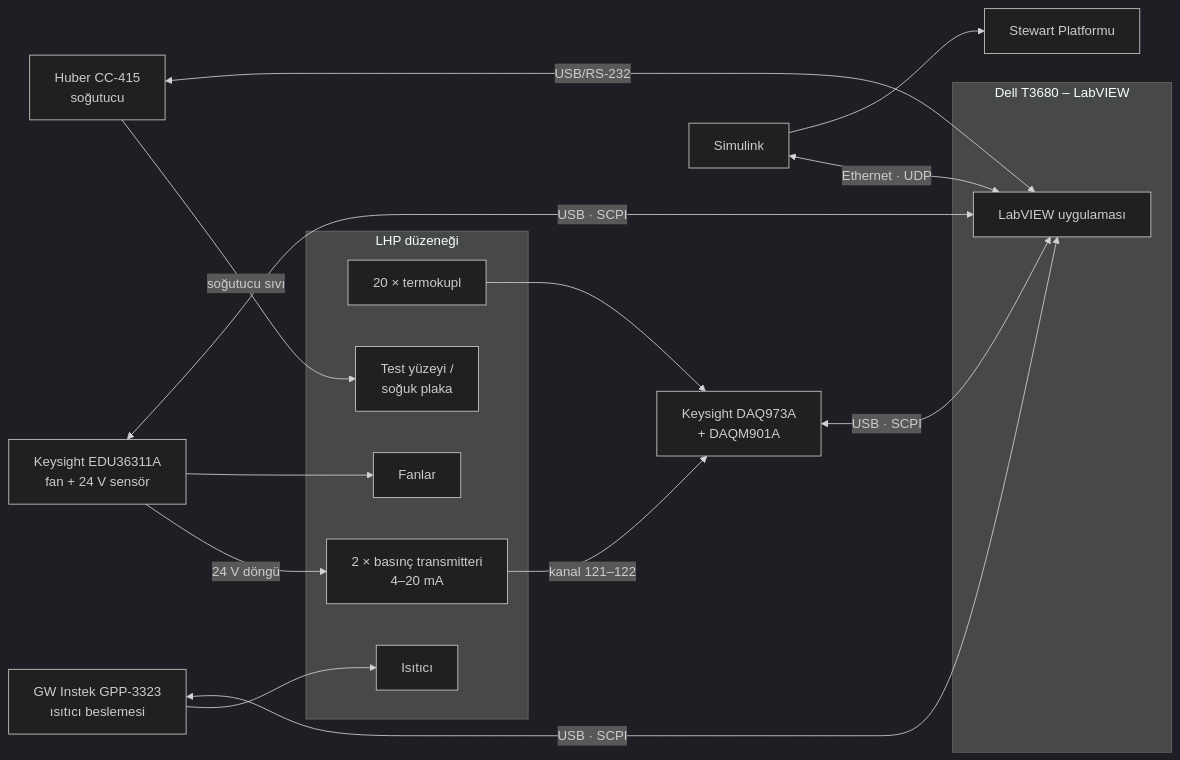
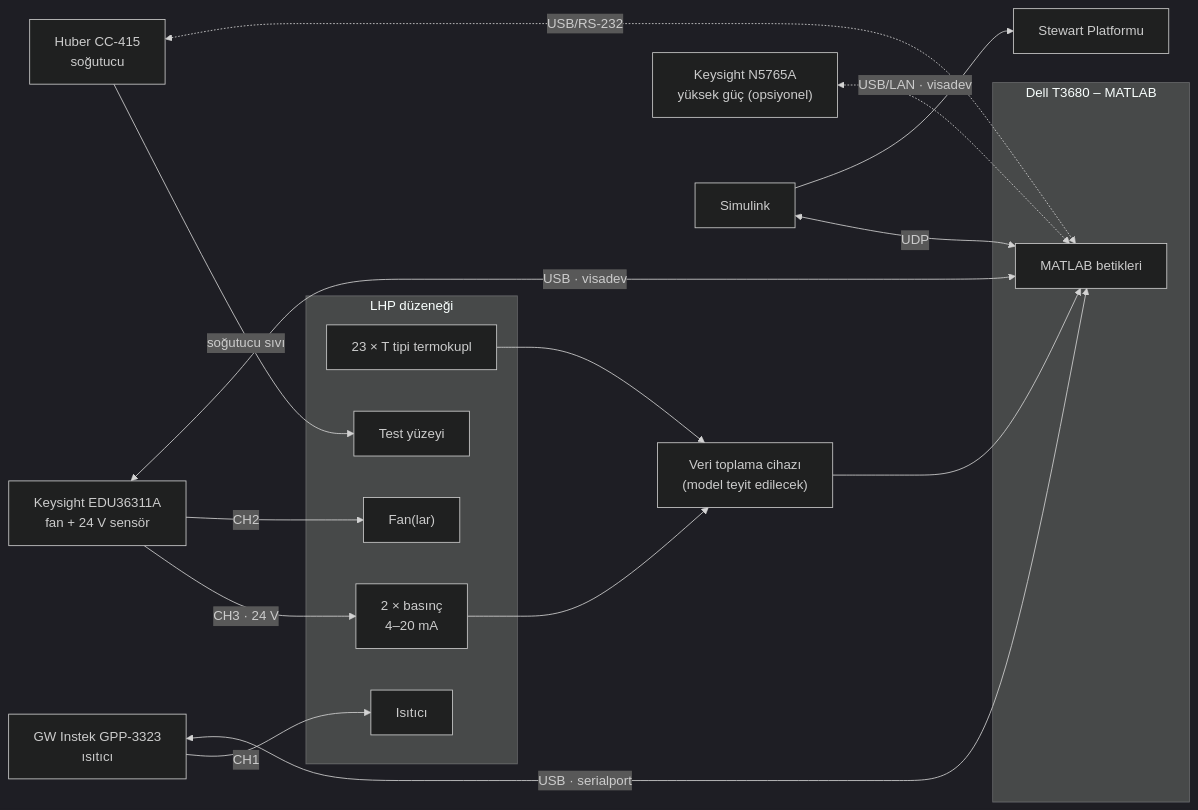
Before and after one commit to ygunaay-creator/Loop-Heat-Pipe-Control: the diagram in docs/sistem-mimarisi.md, drawn with Mermaid (dark theme). The commit also changed other lines of this file and 22 other files, not shown here.

First line of the commit message:
MATLAB'a geçiş, yeni DAQ ve 23 T tipi termokupl planı

````diff
--- a/docs/sistem-mimarisi.md
+++ b/docs/sistem-mimarisi.md
@@ -15,35 +23,37 @@
 ```mermaid
 flowchart LR
-    subgraph PC["Dell T3680 – LabVIEW"]
-        LV["LabVIEW uygulaması"]
+    subgraph PC["Dell T3680 – MATLAB"]
+        ML["MATLAB betikleri"]
     end
 
-    DAQ["Keysight DAQ973A<br/>+ DAQM901A"]
-    GPP["GW Instek GPP-3323<br/>ısıtıcı beslemesi"]
+    DAQ["Veri toplama cihazı<br/>(model teyit edilecek)"]
+    GPP["GW Instek GPP-3323<br/>ısıtıcı"]
     EDU["Keysight EDU36311A<br/>fan + 24 V sensör"]
+    N57["Keysight N5765A<br/>yüksek güç (opsiyonel)"]
     CH["Huber CC-415<br/>soğutucu"]
     SL["Simulink"]
     SP["Stewart Platformu"]
 
     subgraph LHP["LHP düzeneği"]
-        TC["20 × termokupl"]
-        PT["2 × basınç transmitteri<br/>4–20 mA"]
+        TC["23 × T tipi termokupl"]
+        PT["2 × basınç<br/>4–20 mA"]
         H["Isıtıcı"]
-        F["Fanlar"]
-        S["Test yüzeyi /<br/>soğuk plaka"]
+        F["Fan(lar)"]
+        S["Test yüzeyi"]
     end
 
     TC --> DAQ
-    PT -->|kanal 121–122| DAQ
-    EDU -->|24 V döngü| PT
-    GPP --> H
-    EDU --> F
+    PT --> DAQ
+    EDU -->|CH3 · 24 V| PT
+    GPP -->|CH1| H
+    EDU -->|CH2| F
     CH -->|soğutucu sıvı| S
 
-    DAQ <-->|USB · SCPI| LV
-    GPP <-->|USB · SCPI| LV
-    EDU <-->|USB · SCPI| LV
-    CH <-->|USB/RS-232| LV
-    SL <-->|Ethernet · UDP| LV
+    DAQ --> ML
+    GPP <-->|USB · serialport| ML
+    EDU <-->|USB · visadev| ML
+    N57 <-.->|USB/LAN · visadev| ML
+    CH <-.->|USB/RS-232| ML
+    SL <-->|UDP| ML
     SL --> SP
 ```
````
